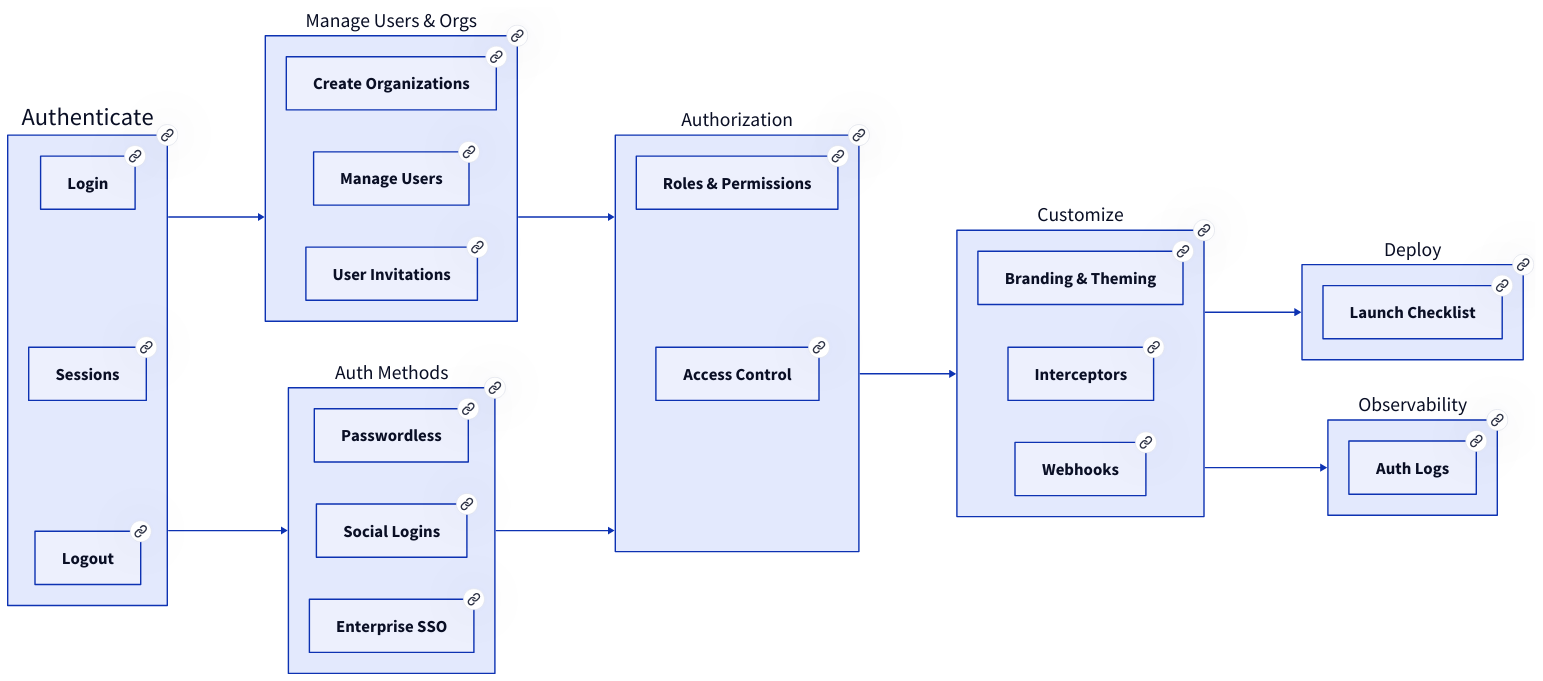
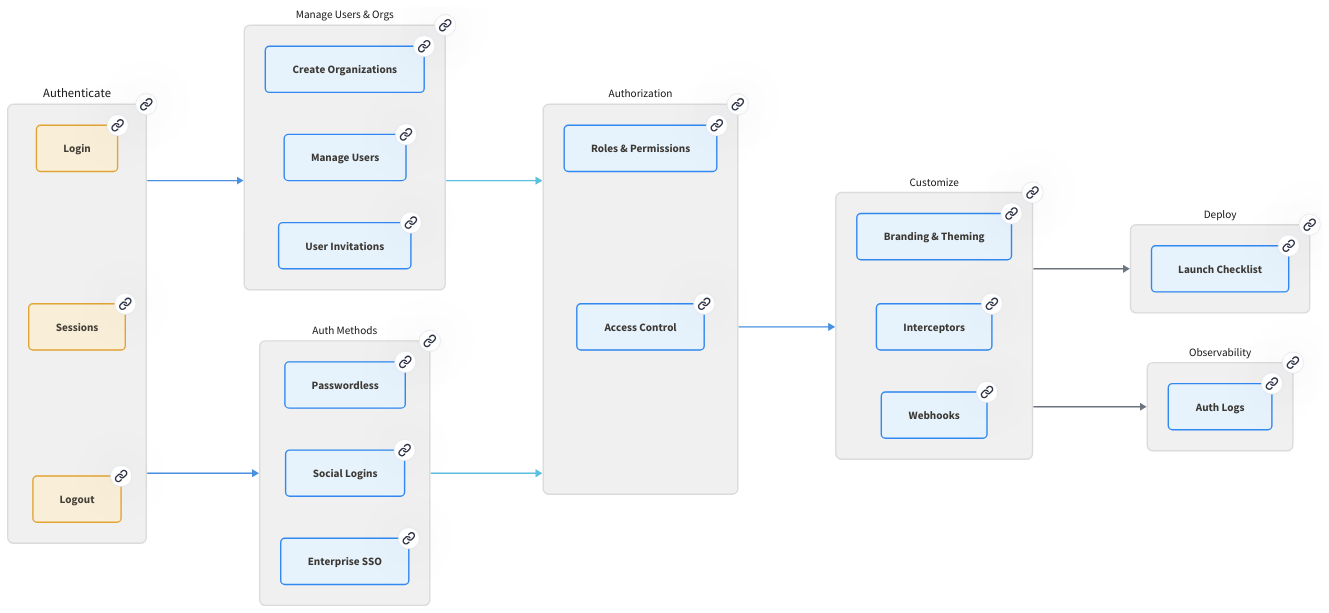
Before and after one commit to scalekit-inc/developer-docs: the diagram in src/content/docs/index.mdx, drawn with D2. The commit also changed 1 other file, not shown here.

Commit message:
feat: update SVG assets and enhance index documentation
- Replaced the existing SVG asset with a new version that includes updated dimensions and styles for improved visual consistency.
- Enhanced the index.mdx file by adding overall diagram styling and defining multiple style classes for better customization options.
- Updated the authentication flow and user management sections to include new class attributes for improved visual hierarchy and clarity.
- Introduced new flow connections with styling to enhance the visual representation of the authentication process.

This update aims to improve the visual coherence and usability of the documentation for users.

````diff
--- a/src/content/docs/index.mdx
+++ b/src/content/docs/index.mdx
@@ -29,136 +29,218 @@
 ```d2 inline=true
 direction: right;
 
+# Overall diagram styling
+style: {
+  fill: "#FFFFFF"
+}
+
+# Style classes
+classes: {
+  primary: {
+    style: {
+      fill: "#F0F0F0"
+      stroke: "#DBDBDB"
+      font-color: "#171717"
+      border-radius: 8
+    }
+  }
+
+  secondary: {
+    style: {
+      fill: "#5BC0DE"
+      stroke: "#46B8DA"
+      font-color: white
+
+      border-radius: 6
+    }
+  }
+
+  tertiary: {
+    style: {
+      fill: "#F9EED7"
+      stroke: "#E3A436"
+      font-color: "#433F38"
+
+      border-radius: 6
+    }
+  }
+
+  neutral: {
+    style: {
+      fill: "#E6F3FD"
+      stroke: "#3188F0"
+      font-color: "#3C3833"
+      border-radius: 6
+    }
+  }
+
+  deploy: {
+    style: {
+      fill: "#6C757D"
+      stroke: "#5A6268"
+      font-color: white
+      border-radius: 6
+    }
+  }
+}
+
 # Core authentication flow
 Authenticate {
+  class: primary
   link: "/fsa/quickstart"
-  style.font-size: 35
+  style.font-size: 18
 }
 
 # User authentication components
 Authenticate.Login {
+  class: tertiary
   link: "/fsa/guides/implement-login"
-  style.font-size: 24
 }
 
 Authenticate.Sessions {
+  class: tertiary
   link: "/fsa/guides/manage-session"
-  style.font-size: 24
 }
 
 Authenticate.Logout {
+  class: tertiary
   link: "/fsa/guides/logout"
-  style.font-size: 24
 }
 
 # Auth methods
 AuthMethods: "Auth Methods" {
+  class: primary
   link: "/authenticate/auth-methods/passwordless"
-  style.font-size: 28
+  style.font-size: 16
 }
 
 AuthMethods.Passwordless {
+  class: neutral
   link: "/authenticate/auth-methods/passwordless"
-  style.font-size: 24
 }
 
 AuthMethods."Social Logins" {
+  class: neutral
   link: "/social-logins/quickstart"
-  style.font-size: 24
 }
 
 AuthMethods."Enterprise SSO" {
+  class: neutral
   link: "/authenticate/auth-methods/enterprise-sso"
-  style.font-size: 24
 }
 
 # User & org management
 UserMgmt: "Manage Users & Orgs" {
+  class: primary
   link: "/fsa/guides/manage-users"
-  style.font-size: 28
+  style.font-size: 16
 }
 
 UserMgmt."Create Organizations" {
+  class: neutral
   link: "/fsa/guides/create-organization"
-  style.font-size: 24
 }
 
 UserMgmt."Manage Users" {
+  class: neutral
   link: "/fsa/guides/manage-users"
-  style.font-size: 24
 }
 
 UserMgmt."User Invitations" {
+  class: neutral
   link: "/fsa/guides/user-invitations"
-  style.font-size: 24
 }
 
 # Authorization
 Authorization {
+  class: primary
   link: "/authenticate/authz/overview"
-  style.font-size: 28
+  style.font-size: 16
 }
 
 Authorization."Roles & Permissions" {
+  class: neutral
   link: "/fsa/guides/app-roles"
-  style.font-size: 24
 }
 
 Authorization."Access Control" {
+  class: neutral
   link: "/authenticate/authz/implement-access-control"
-  style.font-size: 24
 }
 
 # Customization
 Customize {
+  class: primary
   link: "/guides/auth-flow-interceptors"
-  style.font-size: 28
+  style.font-size: 16
 }
 
 Customize."Branding & Theming" {
+  class: neutral
   link: "/fsa/guides/login-page-branding"
-  style.font-size: 24
 }
 
 Customize.Interceptors {
+  class: neutral
   link: "/guides/auth-flow-interceptors"
-  style.font-size: 24
 }
 
 Customize.Webhooks {
+  class: neutral
   link: "/authenticate/implement-workflows/implement-webhooks"
-  style.font-size: 24
 }
 
 # Deploy & observability
 Deploy {
+  class: primary
   link: "/authenticate/launch-checklist"
-  style.font-size: 28
+  style.font-size: 16
 }
 
 Deploy."Launch Checklist" {
+  class: neutral
   link: "/authenticate/launch-checklist"
-  style.font-size: 24
 }
 
 Observability {
+  class: primary
   link: "/guides/dashboard/auth-logs"
-  style.font-size: 28
+  style.font-size: 16
 }
 
 Observability."Auth Logs" {
+  class: neutral
   link: "/guides/dashboard/auth-logs"
-  style.font-size: 24
 }
 
-# Flow connections
-Authenticate -> AuthMethods
-Authenticate -> UserMgmt
-UserMgmt -> Authorization
-AuthMethods -> Authorization
-Authorization -> Customize
-Customize -> Deploy
-Customize -> Observability
-
+# Flow connections with styling
+Authenticate -> AuthMethods: {
+  style.stroke: "#4A90E2"
+  style.stroke-width: 2
+}
+Authenticate -> UserMgmt: {
+  style.stroke: "#4A90E2"
+  style.stroke-width: 2
+}
+UserMgmt -> Authorization: {
+  style.stroke: "#5BC0DE"
+  style.stroke-width: 2
+}
+AuthMethods -> Authorization: {
+  style.stroke: "#5BC0DE"
+  style.stroke-width: 2
+}
+Authorization -> Customize: {
+  style.stroke: "#4A90E2"
+  style.stroke-width: 2
+}
+Customize -> Deploy: {
+  style.stroke: "#6C757D"
+  style.stroke-width: 2
+}
+Customize -> Observability: {
+  style.stroke: "#6C757D"
+  style.stroke-width: 2
+}
 
 ```
````
